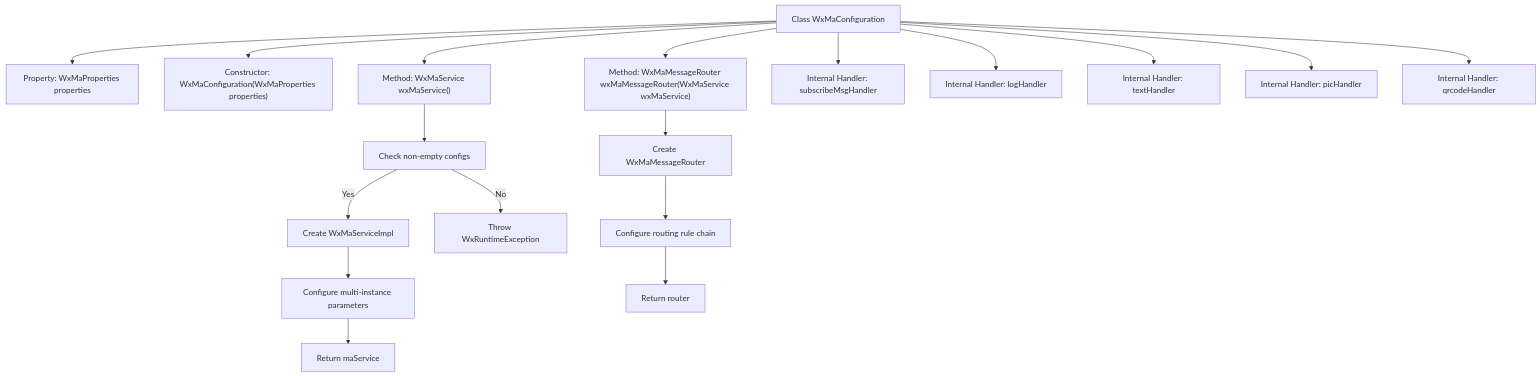
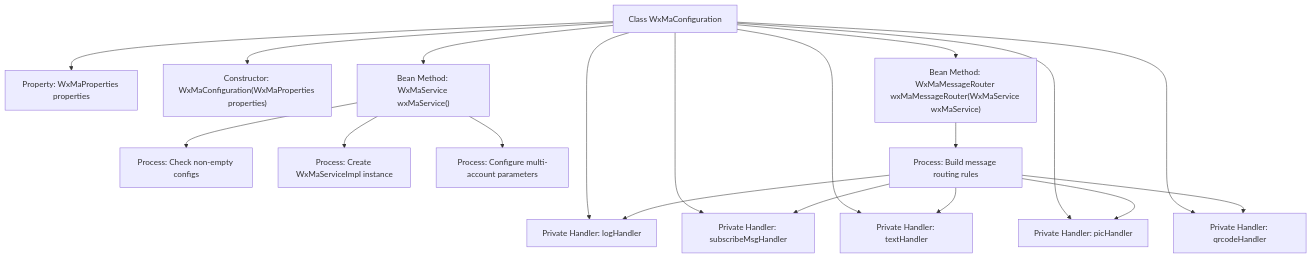
One commit to v-wjrong/rongwj666_weixin-java-miniapp-demo changed the second of 2 diagrams in docs/en/docs/src/main/java/com/github/binarywang/demo/wx/miniapp/config/WxMaConfiguration.md. Above: the diagram before and after it, drawn with Mermaid. The commit also changed other lines of this file and 42 other files, not shown here.

````diff
--- a/docs/en/docs/src/main/java/com/github/binarywang/demo/wx/miniapp/config/WxMaConfiguration.md
+++ b/docs/en/docs/src/main/java/com/github/binarywang/demo/wx/miniapp/config/WxMaConfiguration.md
@@ -126,33 +111,36 @@
 ```mermaid
 graph TD
     A["Class WxMaConfiguration"]
     B["Property: WxMaProperties properties"]
     C["Constructor: WxMaConfiguration(WxMaProperties properties)"]
-    D["Method: WxMaService wxMaService()"]
-    E["Method: WxMaMessageRouter wxMaMessageRouter(WxMaService wxMaService)"]
-    F["Internal Handler: subscribeMsgHandler"]
-    G["Internal Handler: logHandler"]
-    H["Internal Handler: textHandler"]
-    I["Internal Handler: picHandler"]
-    J["Internal Handler: qrcodeHandler"]
+    D["Bean Method: WxMaService wxMaService()"]
+    E["Bean Method: WxMaMessageRouter wxMaMessageRouter(WxMaService wxMaService)"]
+    F["Private Handler: subscribeMsgHandler"]
+    G["Private Handler: logHandler"]
+    H["Private Handler: textHandler"]
+    I["Private Handler: picHandler"]
+    J["Private Handler: qrcodeHandler"]
+    K["Process: Check non-empty configs"]
+    L["Process: Create WxMaServiceImpl instance"]
+    M["Process: Configure multi-account parameters"]
+    N["Process: Build message routing rules"]
 
     A --> B
     A --> C
     A --> D
     A --> E
     A --> F
     A --> G
     A --> H
     A --> I
     A --> J
-
-    D --> K["Check non-empty configs"]
-    K -->|Yes| L["Create WxMaServiceImpl"]
-    K -->|No| M["Throw WxRuntimeException"]
-    L --> N["Configure multi-instance parameters"]
-    N --> O["Return maService"]
-
-    E --> P["Create WxMaMessageRouter"]
-    P --> Q["Configure routing rule chain"]
-    Q --> R["Return router"]
+    D --> K
+    D --> L
+    D --> M
+    E --> N
+    N --> G
+    N --> F
+    N --> H
+    N --> I
+    N --> J
 ```
````
